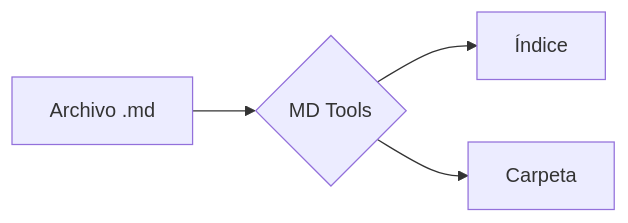
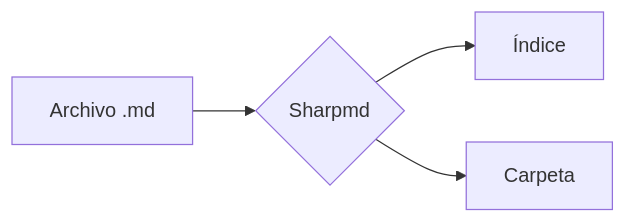
The first of 2 diagrams in ejemplo/ejemplo.md (MR-Axel/md-tools), drawn with Mermaid before and after one commit. The commit also changed other lines of this file and 25 other files, not shown here.

````diff
--- a/ejemplo/ejemplo.md
+++ b/ejemplo/ejemplo.md
@@ -76,6 +76,6 @@
 ```mermaid
 graph LR
-  A[Archivo .md] --> B{MD Tools}
+  A[Archivo .md] --> B{Sharpmd}
   B --> C[Índice]
   B --> D[Carpeta]
 ```
````
